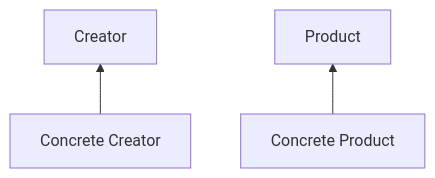
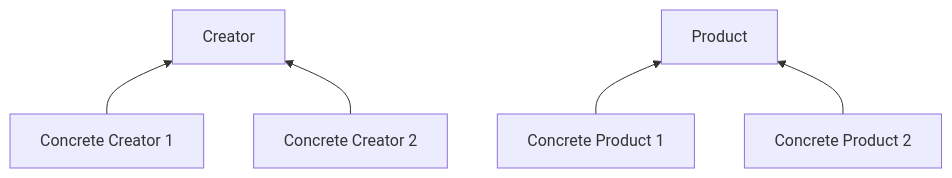
Before and after one commit to hqpan/Notes_tech: the second of 2 diagrams in DesignPatterns/DesignPatterns.md, drawn with Mermaid. The commit also changed other lines of this file and 17 other files, not shown here.

````diff
--- a/DesignPatterns/DesignPatterns.md
+++ b/DesignPatterns/DesignPatterns.md
@@ -127,6 +136,8 @@
 ```mermaid
 graph BT
-   1[Concrete Creator] --> Creator
-   2[Concrete Product] --> Product
+   1[Concrete Creator 1] --> Creator
+   2[Concrete Creator 2] --> Creator
+   3[Concrete Product 1] --> Product
+   4[Concrete Product 2] --> Product
    
 ```
````
